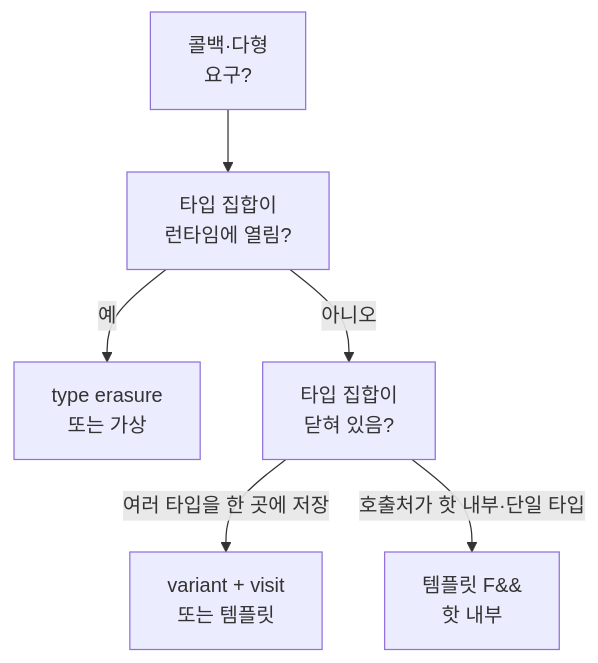
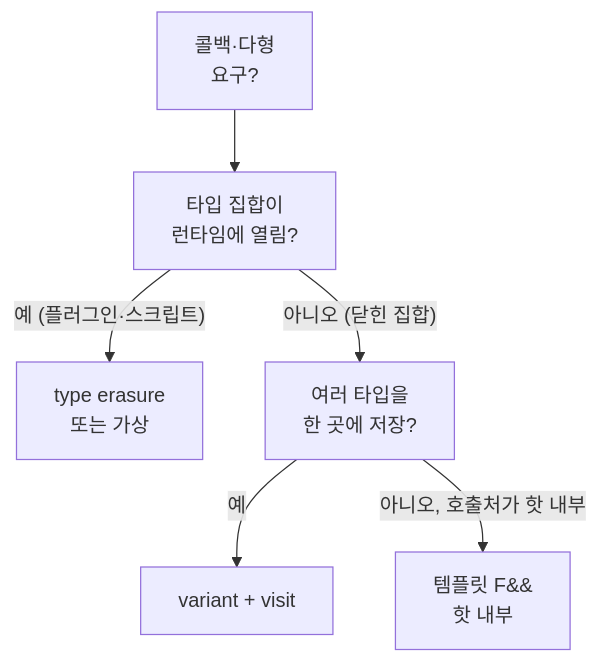
One commit to 42jerrykim/42jerrykim.github.io changed the diagram in content/collection/optimization-02-cpp-language/19-type-erasure-cost-patterns/index.md. Above: the diagram before and after it, drawn with Mermaid. The commit also changed other lines of this file and 1 other file, not shown here.

First line of the commit message:
feat: optimization-02-cpp-language/19-type-erasure-cost-patterns post-quality-loop 채점 완료 (98.05점, 통과)

````diff
--- a/content/collection/optimization-02-cpp-language/19-type-erasure-cost-patterns/index.md
+++ b/content/collection/optimization-02-cpp-language/19-type-erasure-cost-patterns/index.md
@@ -322,14 +248,14 @@
 ```mermaid
 flowchart TD
   need["콜백·다형</br>요구?"]
   open["타입 집합이</br>런타임에 열림?"]
   erasure["type erasure</br>또는 가상"]
-  closed["타입 집합이</br>닫혀 있음?"]
-  variant["variant + visit</br>또는 템플릿"]
+  store["여러 타입을</br>한 곳에 저장?"]
+  variant["variant + visit"]
   tmpl["템플릿 F&&</br>핫 내부"]
   need --> open
-  open -->|"예"| erasure
-  open -->|"아니오"| closed
-  closed -->|"여러 타입을 한 곳에 저장"| variant
-  closed -->|"호출처가 핫 내부·단일 타입"| tmpl
+  open -->|"예 (플러그인·스크립트)"| erasure
+  open -->|"아니오 (닫힌 집합)"| store
+  store -->|"예"| variant
+  store -->|"아니오, 호출처가 핫 내부"| tmpl
 ```
````
